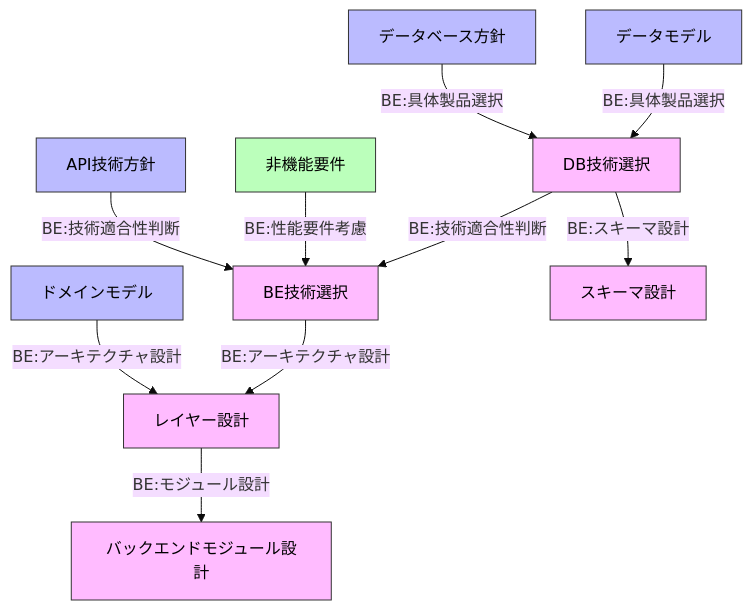
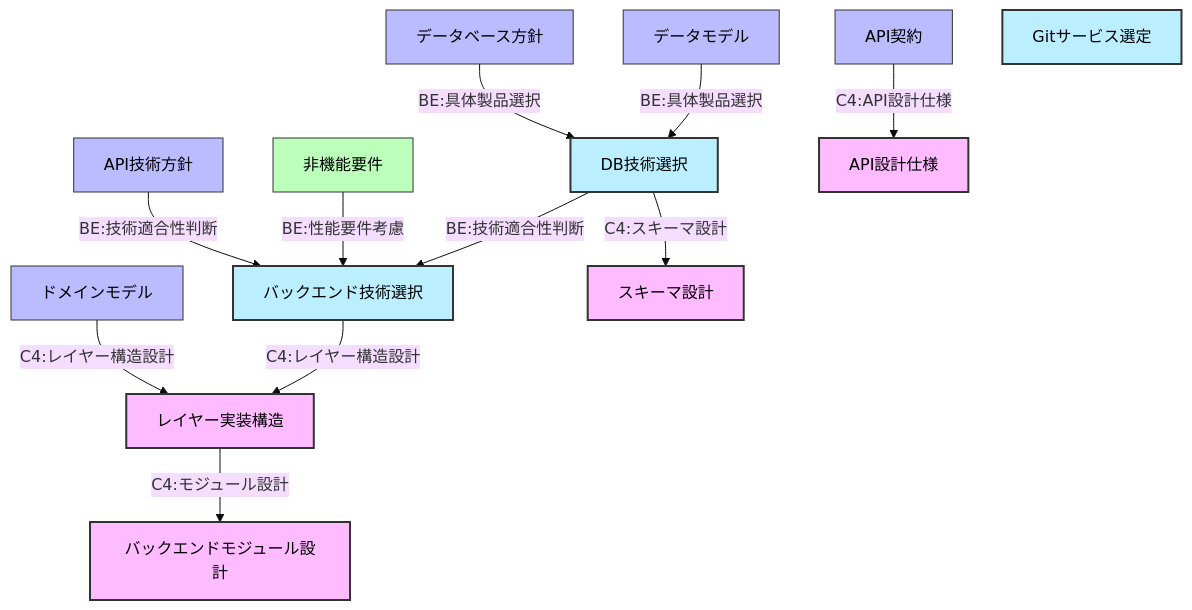
One commit to ikemo3/cogitoweave-doc changed the ninth of 10 diagrams in docs/00-documents/kruchten-4plus1-view-analysis.md. Above: the diagram before and after it, drawn with Mermaid (base theme). The commit also changed other lines of this file and 195 other files, not shown here.

````diff
--- a/docs/00-documents/kruchten-4plus1-view-analysis.md
+++ b/docs/00-documents/kruchten-4plus1-view-analysis.md
@@ -266,35 +394,42 @@
 ```mermaid
 flowchart TB
 
-    classDef developmentArtifact fill:#fbf,stroke:#333,stroke-width:1px,color:#000;
+    classDef developmentArtifact fill:#bef,stroke:#333,stroke-width:2px,color:#000;
+    classDef contractArtifact fill:#fbf,stroke:#333,stroke-width:2px,color:#000;
     classDef logicalInput fill:#bbf,stroke:#333,stroke-width:1px,color:#000;
     classDef processInput fill:#bfb,stroke:#333,stroke-width:1px,color:#000;
 
     %% Inputs from Logical View
     DomainInput[ドメインモデル]
     DataInput[データモデル]
     APIApproachInput[API技術方針]
+    APIContractInput[API契約]
     DatabaseApproachInput[データベース方針]
 
     %% Inputs from Process View
     NFRInput[非機能要件]
 
     %% Backend development flow
     DataInput -->|"BE:具体製品選択"| DatabaseTechSelection[DB技術選択]
     DatabaseApproachInput -->|"BE:具体製品選択"| DatabaseTechSelection
-    DatabaseTechSelection -->|"BE:スキーマ設計"| DatabaseSchema[スキーマ設計]
+    DatabaseTechSelection -->|"C4:スキーマ設計"| DatabaseSchema[スキーマ設計]
 
-    APIApproachInput -->|"BE:技術適合性判断"| BackendTechSelection[BE技術選択]
+    APIContractInput -->|"C4:API設計仕様"| APIDesignSpec[API設計仕様]
+    APIApproachInput -->|"BE:技術適合性判断"| BackendTechSelection[バックエンド技術選択]
     DatabaseTechSelection -->|"BE:技術適合性判断"| BackendTechSelection
     NFRInput -->|"BE:性能要件考慮"| BackendTechSelection
 
-    DomainInput -->|"BE:アーキテクチャ設計"| LayerDesign[レイヤー設計]
-    BackendTechSelection -->|"BE:アーキテクチャ設計"| LayerDesign
+    DomainInput -->|"C4:レイヤー構造設計"| LayerDesign[レイヤー実装構造]
+    BackendTechSelection -->|"C4:レイヤー構造設計"| LayerDesign
 
-    LayerDesign -->|"BE:モジュール設計"| BackendModule[バックエンドモジュール設計]
+    LayerDesign -->|"C4:モジュール設計"| BackendModule[バックエンドモジュール設計]
+
+    %% Git service selection (independent)
+    GitService[Gitサービス選定]
 
     %% スタイル適用
-    class DomainInput,DataInput,APIApproachInput,DatabaseApproachInput logicalInput;
+    class DomainInput,DataInput,APIApproachInput,APIContractInput,DatabaseApproachInput logicalInput;
     class NFRInput processInput;
-    class LayerDesign,DatabaseTechSelection,BackendTechSelection,DatabaseSchema,BackendModule developmentArtifact;
+    class DatabaseTechSelection,BackendTechSelection,GitService developmentArtifact;
+    class LayerDesign,DatabaseSchema,BackendModule,APIDesignSpec contractArtifact;
 ```
````
